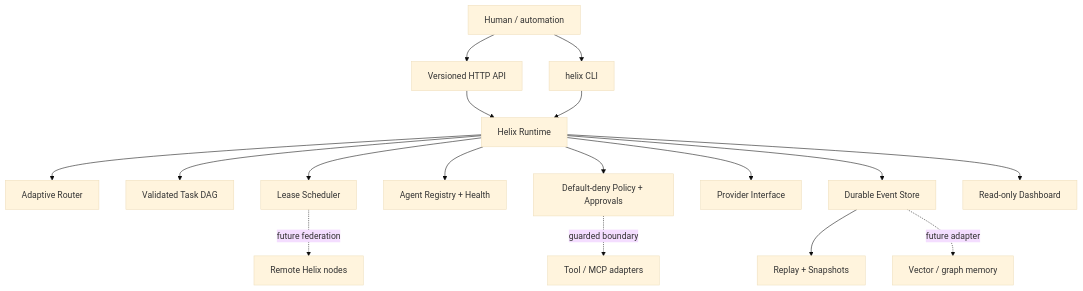
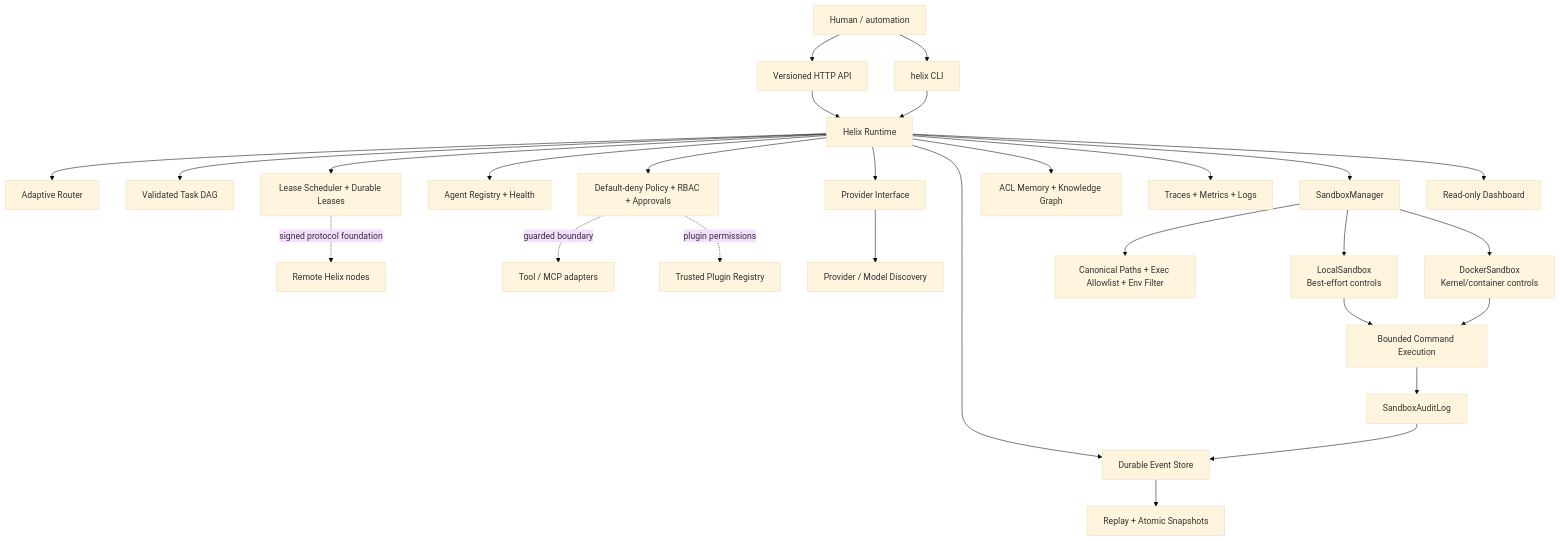
The diagram in docs/architecture.mmd (Adam-Ghanem/Helix), drawn with Mermaid (base theme) before and after one commit. The commit also changed 8 other files, not shown here.

```diff
--- a/docs/architecture.mmd
+++ b/docs/architecture.mmd
@@ -1,17 +1,28 @@
 flowchart TB
   User[Human / automation] --> API[Versioned HTTP API]
   User --> CLI[helix CLI]
   API --> Runtime[Helix Runtime]
   CLI --> Runtime
   Runtime --> Router[Adaptive Router]
   Runtime --> Planner[Validated Task DAG]
-  Runtime --> Scheduler[Lease Scheduler]
+  Runtime --> Scheduler[Lease Scheduler + Durable Leases]
   Runtime --> Agents[Agent Registry + Health]
-  Runtime --> Policy[Default-deny Policy + Approvals]
+  Runtime --> Policy[Default-deny Policy + RBAC + Approvals]
   Runtime --> Provider[Provider Interface]
   Runtime --> Events[Durable Event Store]
-  Events --> Replay[Replay + Snapshots]
+  Events --> Replay[Replay + Atomic Snapshots]
+  Runtime --> Memory[ACL Memory + Knowledge Graph]
+  Runtime --> Telemetry[Traces + Metrics + Logs]
+  Runtime --> SandboxManager[SandboxManager]
+  SandboxManager --> SandboxPolicy[Canonical Paths + Exec Allowlist + Env Filter]
+  SandboxManager --> Local[LocalSandbox\nBest-effort controls]
+  SandboxManager --> Docker[DockerSandbox\nKernel/container controls]
+  Local --> Execution[Bounded Command Execution]
+  Docker --> Execution
+  Execution --> Audit[SandboxAuditLog]
+  Audit --> Events
   Runtime --> Dashboard[Read-only Dashboard]
   Policy -. guarded boundary .-> Tools[Tool / MCP adapters]
-  Events -. future adapter .-> Memory[Vector / graph memory]
-  Scheduler -. future federation .-> Nodes[Remote Helix nodes]
+  Policy -. plugin permissions .-> Plugins[Trusted Plugin Registry]
+  Provider --> Models[Provider / Model Discovery]
+  Scheduler -. signed protocol foundation .-> Nodes[Remote Helix nodes]
```
